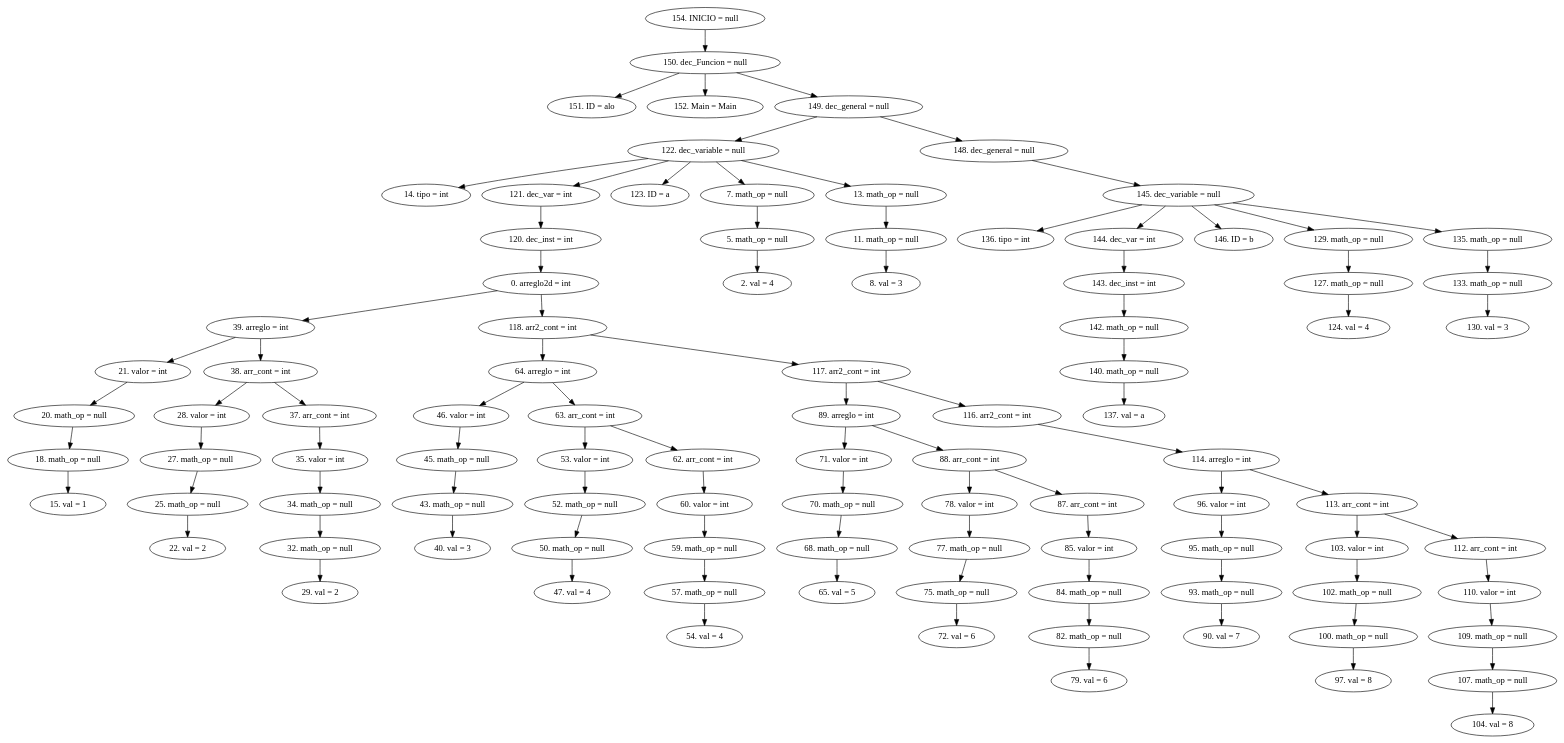
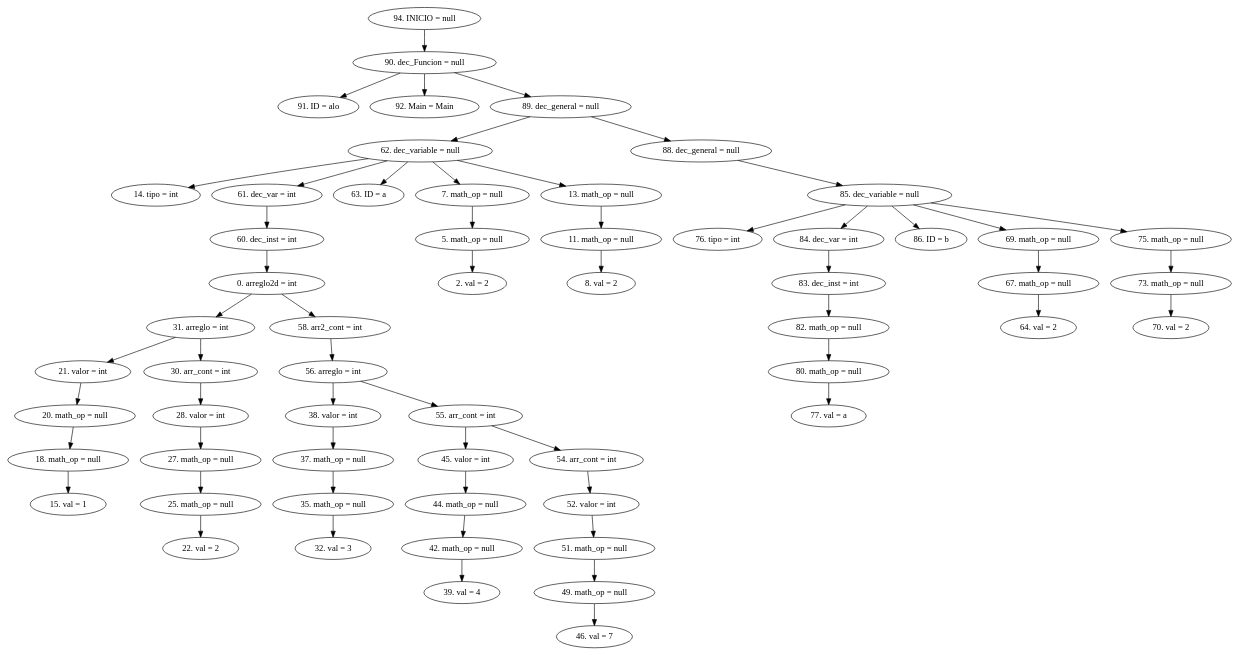
One commit to CarlosSosVos/NACHTs changed the diagram in AST.dot. Above: the diagram before and after it, drawn with Graphviz. The commit also changed 15 other files, not shown here.

```diff
--- a/AST.dot
+++ b/AST.dot
@@ -1,98 +1,61 @@
 digraph G {
-"154. INICIO = null"->"150. dec_Funcion = null"
-"150. dec_Funcion = null"->"151. ID = alo"
-"150. dec_Funcion = null"->"152. Main = Main"
-"150. dec_Funcion = null"->"149. dec_general = null"
-"149. dec_general = null"->"122. dec_variable = null"
-"122. dec_variable = null"->"14. tipo = int"
-"122. dec_variable = null"->"121. dec_var = int"
-"121. dec_var = int"->"120. dec_inst = int"
-"120. dec_inst = int"->"0. arreglo2d = int"
-"0. arreglo2d = int"->"39. arreglo = int"
-"39. arreglo = int"->"21. valor = int"
+"94. INICIO = null"->"90. dec_Funcion = null"
+"90. dec_Funcion = null"->"91. ID = alo"
+"90. dec_Funcion = null"->"92. Main = Main"
+"90. dec_Funcion = null"->"89. dec_general = null"
+"89. dec_general = null"->"62. dec_variable = null"
+"62. dec_variable = null"->"14. tipo = int"
+"62. dec_variable = null"->"61. dec_var = int"
+"61. dec_var = int"->"60. dec_inst = int"
+"60. dec_inst = int"->"0. arreglo2d = int"
+"0. arreglo2d = int"->"31. arreglo = int"
+"31. arreglo = int"->"21. valor = int"
 "21. valor = int"->"20. math_op = null"
 "20. math_op = null"->"18. math_op = null"
 "18. math_op = null"->"15. val = 1"
-"39. arreglo = int"->"38. arr_cont = int"
-"38. arr_cont = int"->"28. valor = int"
+"31. arreglo = int"->"30. arr_cont = int"
+"30. arr_cont = int"->"28. valor = int"
 "28. valor = int"->"27. math_op = null"
 "27. math_op = null"->"25. math_op = null"
 "25. math_op = null"->"22. val = 2"
-"38. arr_cont = int"->"37. arr_cont = int"
-"37. arr_cont = int"->"35. valor = int"
-"35. valor = int"->"34. math_op = null"
-"34. math_op = null"->"32. math_op = null"
-"32. math_op = null"->"29. val = 2"
-"0. arreglo2d = int"->"118. arr2_cont = int"
-"118. arr2_cont = int"->"64. arreglo = int"
-"64. arreglo = int"->"46. valor = int"
-"46. valor = int"->"45. math_op = null"
-"45. math_op = null"->"43. math_op = null"
-"43. math_op = null"->"40. val = 3"
-"64. arreglo = int"->"63. arr_cont = int"
-"63. arr_cont = int"->"53. valor = int"
-"53. valor = int"->"52. math_op = null"
-"52. math_op = null"->"50. math_op = null"
-"50. math_op = null"->"47. val = 4"
-"63. arr_cont = int"->"62. arr_cont = int"
-"62. arr_cont = int"->"60. valor = int"
-"60. valor = int"->"59. math_op = null"
-"59. math_op = null"->"57. math_op = null"
-"57. math_op = null"->"54. val = 4"
-"118. arr2_cont = int"->"117. arr2_cont = int"
-"117. arr2_cont = int"->"89. arreglo = int"
-"89. arreglo = int"->"71. valor = int"
-"71. valor = int"->"70. math_op = null"
-"70. math_op = null"->"68. math_op = null"
-"68. math_op = null"->"65. val = 5"
-"89. arreglo = int"->"88. arr_cont = int"
-"88. arr_cont = int"->"78. valor = int"
-"78. valor = int"->"77. math_op = null"
-"77. math_op = null"->"75. math_op = null"
-"75. math_op = null"->"72. val = 6"
-"88. arr_cont = int"->"87. arr_cont = int"
-"87. arr_cont = int"->"85. valor = int"
-"85. valor = int"->"84. math_op = null"
-"84. math_op = null"->"82. math_op = null"
-"82. math_op = null"->"79. val = 6"
-"117. arr2_cont = int"->"116. arr2_cont = int"
-"116. arr2_cont = int"->"114. arreglo = int"
-"114. arreglo = int"->"96. valor = int"
-"96. valor = int"->"95. math_op = null"
-"95. math_op = null"->"93. math_op = null"
-"93. math_op = null"->"90. val = 7"
-"114. arreglo = int"->"113. arr_cont = int"
-"113. arr_cont = int"->"103. valor = int"
-"103. valor = int"->"102. math_op = null"
-"102. math_op = null"->"100. math_op = null"
-"100. math_op = null"->"97. val = 8"
-"113. arr_cont = int"->"112. arr_cont = int"
-"112. arr_cont = int"->"110. valor = int"
-"110. valor = int"->"109. math_op = null"
-"109. math_op = null"->"107. math_op = null"
-"107. math_op = null"->"104. val = 8"
-"122. dec_variable = null"->"123. ID = a"
-"122. dec_variable = null"->"7. math_op = null"
+"0. arreglo2d = int"->"58. arr2_cont = int"
+"58. arr2_cont = int"->"56. arreglo = int"
+"56. arreglo = int"->"38. valor = int"
+"38. valor = int"->"37. math_op = null"
+"37. math_op = null"->"35. math_op = null"
+"35. math_op = null"->"32. val = 3"
+"56. arreglo = int"->"55. arr_cont = int"
+"55. arr_cont = int"->"45. valor = int"
+"45. valor = int"->"44. math_op = null"
+"44. math_op = null"->"42. math_op = null"
+"42. math_op = null"->"39. val = 4"
+"55. arr_cont = int"->"54. arr_cont = int"
+"54. arr_cont = int"->"52. valor = int"
+"52. valor = int"->"51. math_op = null"
+"51. math_op = null"->"49. math_op = null"
+"49. math_op = null"->"46. val = 7"
+"62. dec_variable = null"->"63. ID = a"
+"62. dec_variable = null"->"7. math_op = null"
 "7. math_op = null"->"5. math_op = null"
-"5. math_op = null"->"2. val = 4"
-"122. dec_variable = null"->"13. math_op = null"
+"5. math_op = null"->"2. val = 2"
+"62. dec_variable = null"->"13. math_op = null"
 "13. math_op = null"->"11. math_op = null"
-"11. math_op = null"->"8. val = 3"
-"149. dec_general = null"->"148. dec_general = null"
-"148. dec_general = null"->"145. dec_variable = null"
-"145. dec_variable = null"->"136. tipo = int"
-"145. dec_variable = null"->"144. dec_var = int"
-"144. dec_var = int"->"143. dec_inst = int"
-"143. dec_inst = int"->"142. math_op = null"
-"142. math_op = null"->"140. math_op = null"
-"140. math_op = null"->"137. val = a"
-"145. dec_variable = null"->"146. ID = b"
-"145. dec_variable = null"->"129. math_op = null"
-"129. math_op = null"->"127. math_op = null"
-"127. math_op = null"->"124. val = 4"
-"145. dec_variable = null"->"135. math_op = null"
-"135. math_op = null"->"133. math_op = null"
-"133. math_op = null"->"130. val = 3"
+"11. math_op = null"->"8. val = 2"
+"89. dec_general = null"->"88. dec_general = null"
+"88. dec_general = null"->"85. dec_variable = null"
+"85. dec_variable = null"->"76. tipo = int"
+"85. dec_variable = null"->"84. dec_var = int"
+"84. dec_var = int"->"83. dec_inst = int"
+"83. dec_inst = int"->"82. math_op = null"
+"82. math_op = null"->"80. math_op = null"
+"80. math_op = null"->"77. val = a"
+"85. dec_variable = null"->"86. ID = b"
+"85. dec_variable = null"->"69. math_op = null"
+"69. math_op = null"->"67. math_op = null"
+"67. math_op = null"->"64. val = 2"
+"85. dec_variable = null"->"75. math_op = null"
+"75. math_op = null"->"73. math_op = null"
+"73. math_op = null"->"70. val = 2"
 
 
 }
```
